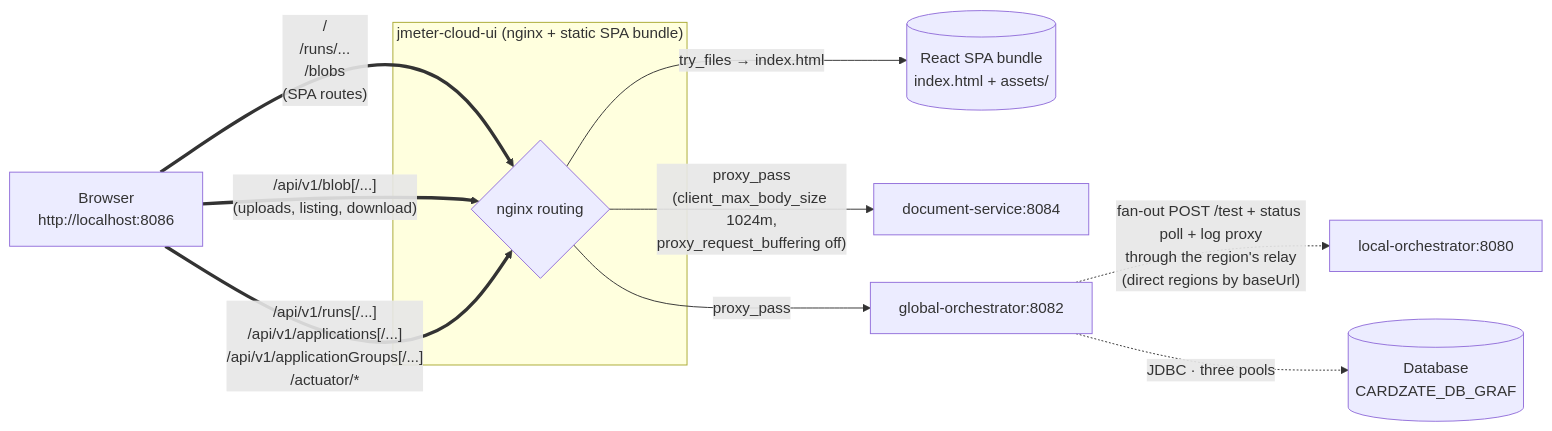
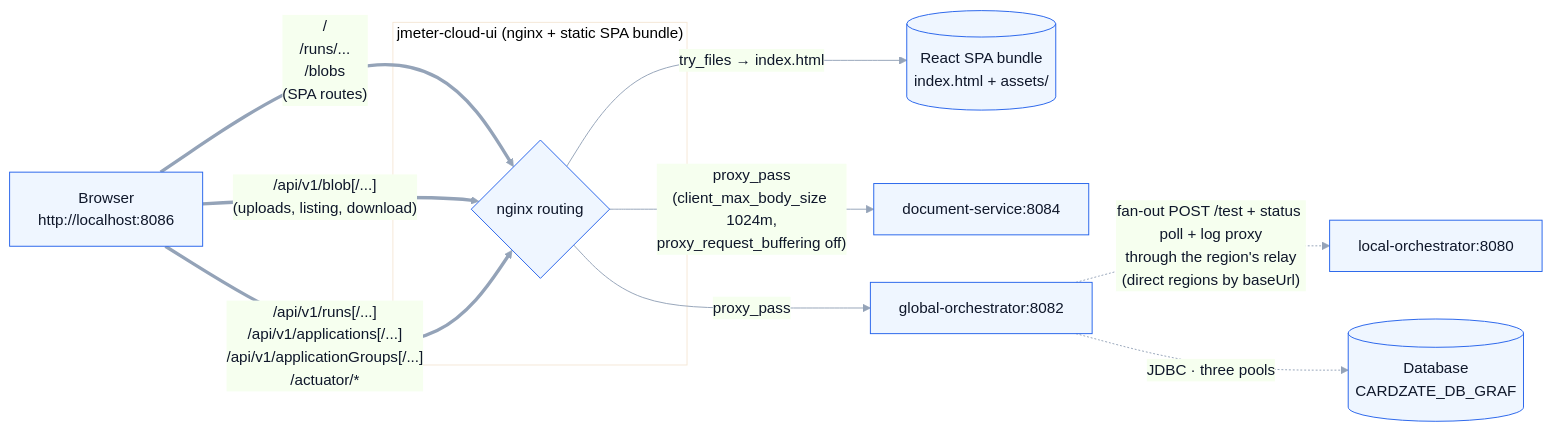
The sixth of 6 diagrams in docs/flowDiagrams.md (sharmakunal23/jmeter-cloud), drawn with Mermaid before and after one commit. The commit also changed other lines of this file and 38 other files, not shown here.

````diff
--- a/docs/flowDiagrams.md
+++ b/docs/flowDiagrams.md
@@ -312,21 +317,22 @@
 ```mermaid
+%%{init: {'theme':'base','themeVariables':{'primaryColor':'#eff6ff','primaryBorderColor':'#2563eb','primaryTextColor':'#0f172a','lineColor':'#94a3b8','fontFamily':'Segoe UI, Helvetica, Arial, sans-serif'}}}%%
 flowchart LR
     B["Browser<br/>http://localhost:8086"]
 
     subgraph "jmeter-cloud-ui  (nginx + static SPA bundle)"
         NX{nginx routing}
     end
 
     B == "/<br/>/runs/...<br/>/blobs<br/>(SPA routes)" ==> NX
     NX -- "try_files → index.html" --> SPA[("React SPA bundle<br/>index.html + assets/")]
 
     B == "/api/v1/blob[/...]<br/>(uploads, listing, download)" ==> NX
     NX -- "proxy_pass<br/>(client_max_body_size 1024m,<br/>proxy_request_buffering off)" --> DS[document-service:8084]
 
     B == "/api/v1/runs[/...]<br/>/api/v1/applications[/...]<br/>/api/v1/applicationGroups[/...]<br/>/actuator/*" ==> NX
     NX -- "proxy_pass" --> GO[global-orchestrator:8082]
 
     GO -. "fan-out POST /test + status poll + log proxy<br/>through the region's relay<br/>(direct regions by baseUrl)" .-> LO[local-orchestrator:8080]
 
     GO -. "JDBC · three pools" .-> DB[(Database<br/>CARDZATE_DB_GRAF)]
 ```
````
